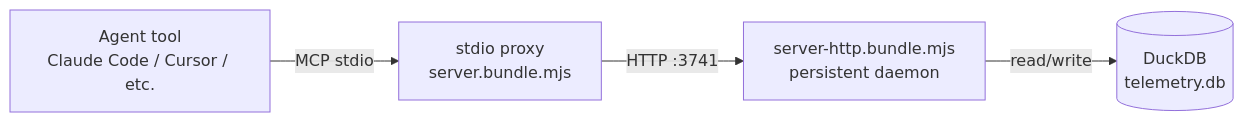
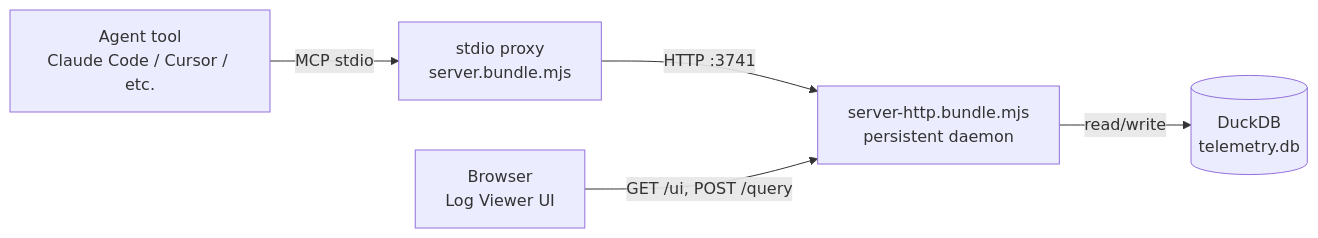
Before and after one commit to planifest/structured-telemetry-mcp: the diagram in docs/architecture-overview.md, drawn with Mermaid. The commit also changed other lines of this file and 239 other files, not shown here.

````diff
--- a/docs/architecture-overview.md
+++ b/docs/architecture-overview.md
@@ -26,6 +26,7 @@
 ```mermaid
 flowchart LR
     Agent[Agent tool<br/>Claude Code / Cursor / etc.] -->|MCP stdio| Proxy[stdio proxy<br/>server.bundle.mjs]
     Proxy -->|HTTP :3741| Backend[server-http.bundle.mjs<br/>persistent daemon]
+    Browser[Browser<br/>Log Viewer UI] -->|GET /ui, POST /query| Backend
     Backend -->|read/write| DuckDB[(DuckDB<br/>telemetry.db)]
 ```
````
